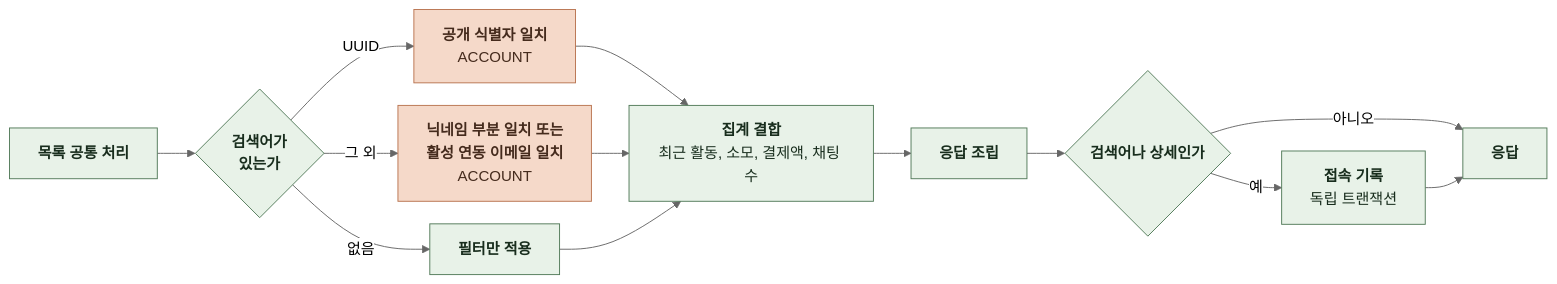
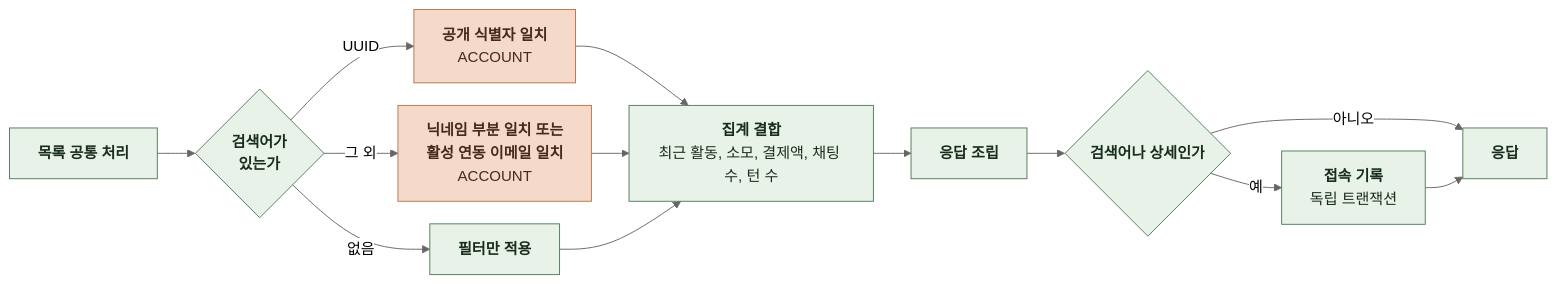
The ninth of 19 diagrams in docs/domain/ADMIN/BACKEND/4-1-PIPELINES.md (KIM-N-KANG/knk-harness), drawn with Mermaid (neutral theme) before and after one commit. The commit also changed other lines of this file and 7 other files, not shown here.

````diff
--- a/docs/domain/ADMIN/BACKEND/4-1-PIPELINES.md
+++ b/docs/domain/ADMIN/BACKEND/4-1-PIPELINES.md
@@ -261,26 +261,26 @@
 ```mermaid
 %%{init: {"flowchart": {"curve": "basis", "nodeSpacing": 24, "rankSpacing": 40}}}%%
 flowchart LR
     A["`**목록 공통 처리**`"] --> B{"`**검색어가
 있는가**`"}
     B -->|UUID| C["`**공개 식별자 일치**
 ACCOUNT`"]
     B -->|그 외| D["`**닉네임 부분 일치 또는
 활성 연동 이메일 일치**
 ACCOUNT`"]
     B -->|없음| E["`**필터만 적용**`"]
     C --> F["`**집계 결합**
-최근 활동, 소모, 결제액, 채팅 수`"]
+최근 활동, 소모, 결제액, 채팅 수, 턴 수`"]
     D --> F
     E --> F
     F --> G["`**응답 조립**`"]
     G --> H{"`**검색어나 상세인가**`"}
     H -->|예| I["`**접속 기록**
 독립 트랜잭션`"]
     H -->|아니오| J["`**응답**`"]
     I --> J
     classDef comp fill:#E8F2E8,stroke:#527A59,color:#182D1D
     classDef task fill:#F5D9C9,stroke:#B97450,color:#452B1D
     class A,B,E,F,G,H,I,J comp
     class C,D task
 ```
````
